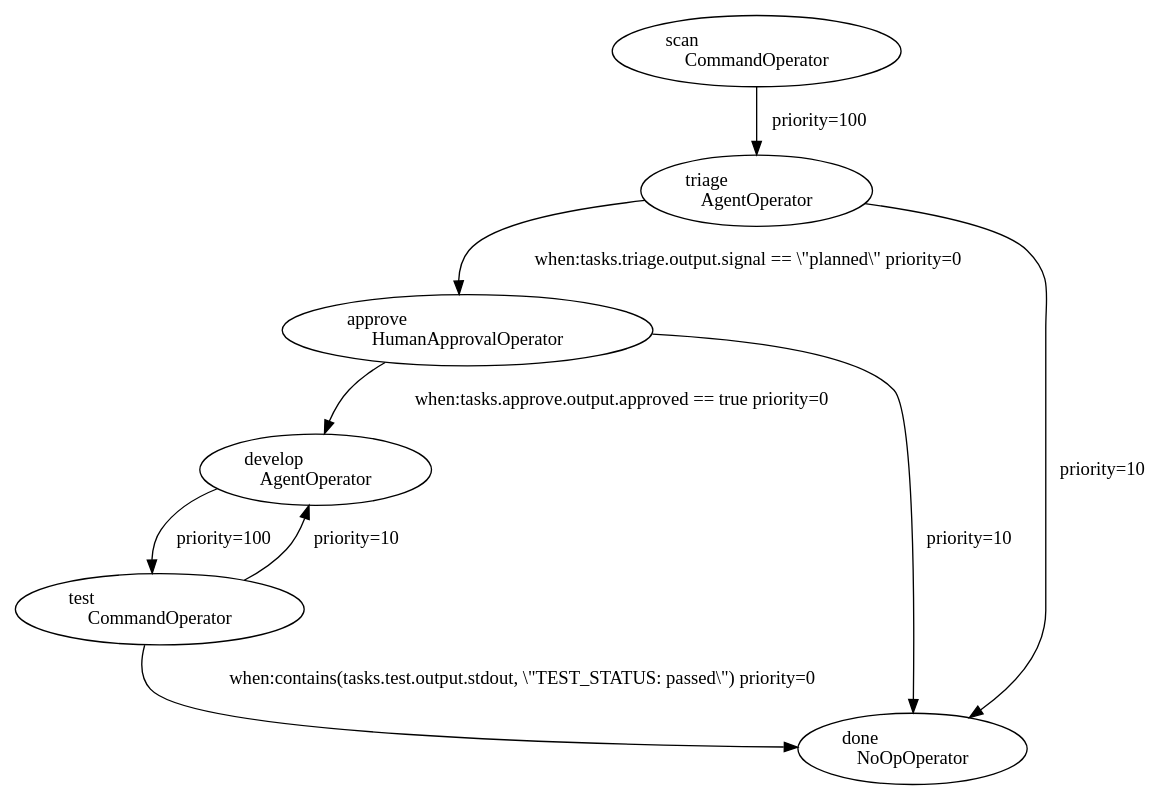
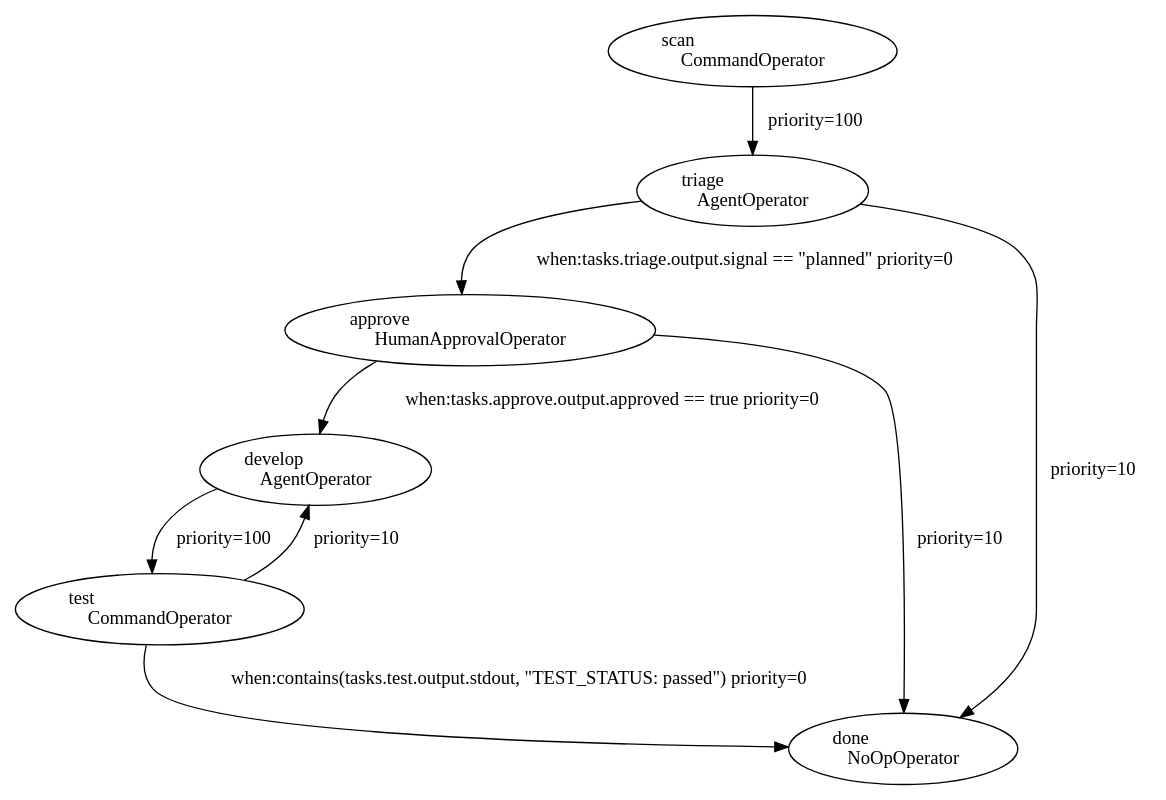
One commit to gonewton/newton changed the diagram in website/assets/scan-and-fix.dot. Above: the diagram before and after it, drawn with Graphviz. The commit also changed 4 other files, not shown here.

```diff
--- a/website/assets/scan-and-fix.dot
+++ b/website/assets/scan-and-fix.dot
@@ -1,16 +1,16 @@
 digraph {
     0 [ label = "scan\lCommandOperator" ]
     1 [ label = "triage\lAgentOperator" ]
     2 [ label = "approve\lHumanApprovalOperator" ]
     3 [ label = "develop\lAgentOperator" ]
     4 [ label = "test\lCommandOperator" ]
     5 [ label = "done\lNoOpOperator" ]
     0 -> 1 [ label = "priority=100" ]
-    1 -> 2 [ label = "when:tasks.triage.output.signal == \\\"planned\\\" priority=0" ]
+    1 -> 2 [ label = "when:tasks.triage.output.signal == \"planned\" priority=0" ]
     1 -> 5 [ label = "priority=10" ]
     2 -> 3 [ label = "when:tasks.approve.output.approved == true priority=0" ]
     2 -> 5 [ label = "priority=10" ]
     3 -> 4 [ label = "priority=100" ]
-    4 -> 5 [ label = "when:contains(tasks.test.output.stdout, \\\"TEST_STATUS: passed\\\") priority=0" ]
+    4 -> 5 [ label = "when:contains(tasks.test.output.stdout, \"TEST_STATUS: passed\") priority=0" ]
     4 -> 3 [ label = "priority=10" ]
 }
```
